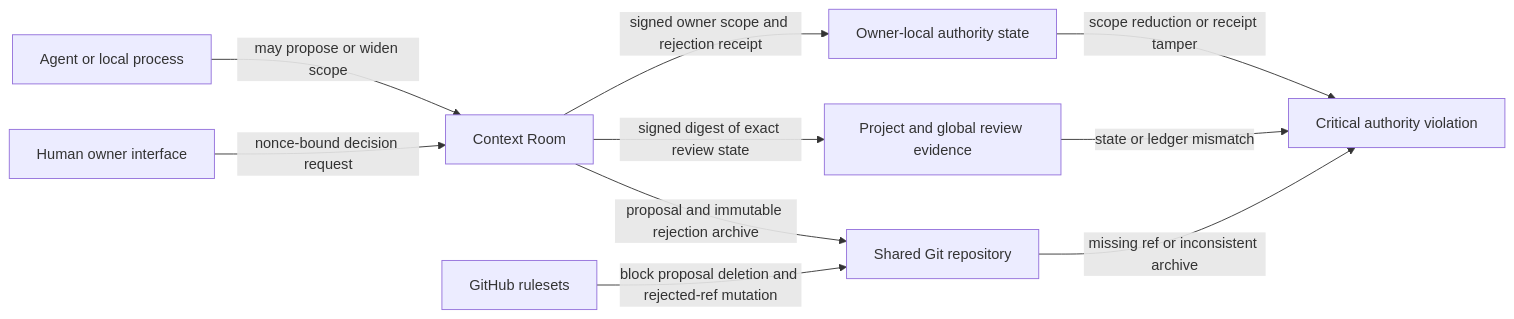
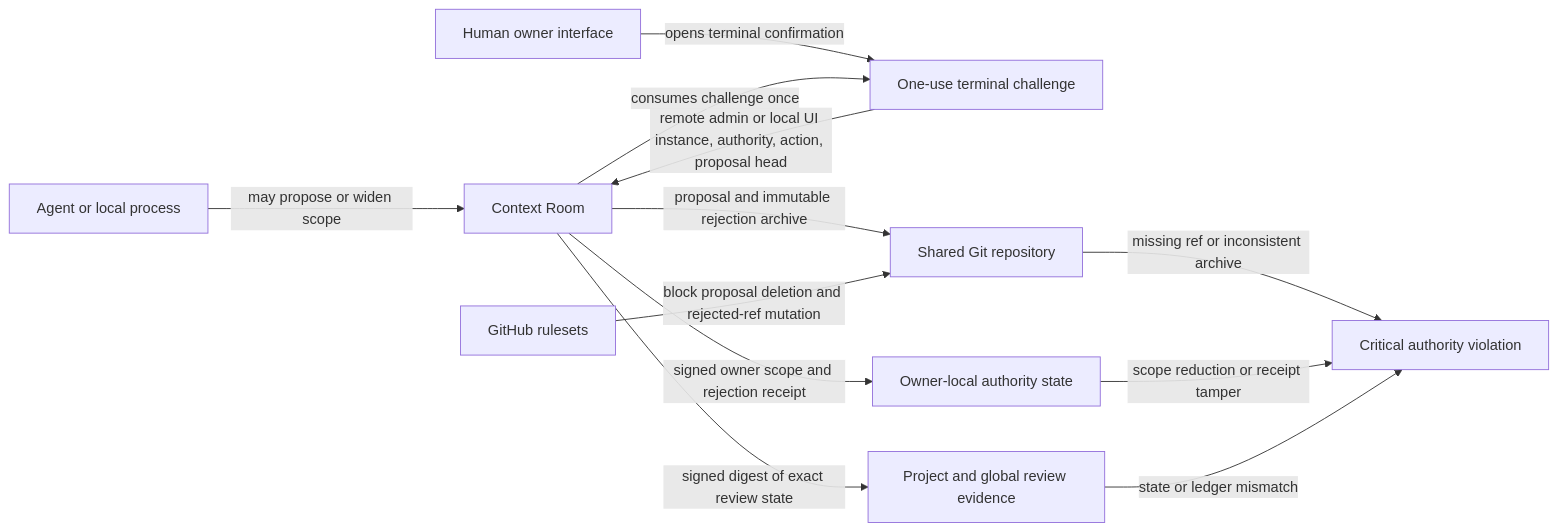
Before and after one commit to blancmathis/context-room: the diagram in docs/features/review-authority.md, drawn with Mermaid. The commit also changed other lines of this file and 26 other files, not shown here.

````diff
--- a/docs/features/review-authority.md
+++ b/docs/features/review-authority.md
@@ -42,12 +45,14 @@
 ```mermaid
 flowchart LR
   agent["Agent or local process"] -->|may propose or widen scope| app["Context Room"]
-  human["Human owner interface"] -->|nonce-bound decision request| app
+  human["Human owner interface"] -->|opens terminal confirmation| challenge["One-use terminal challenge"]
+  challenge -->|remote admin or local UI instance, authority, action, proposal head| app
   app -->|signed owner scope and rejection receipt| local["Owner-local authority state"]
   app -->|signed digest of exact review state| evidence["Project and global review evidence"]
+  app -->|consumes challenge once| challenge
   app -->|proposal and immutable rejection archive| git["Shared Git repository"]
   provider["GitHub rulesets"] -->|block proposal deletion and rejected-ref mutation| git
   git -->|missing ref or inconsistent archive| alert["Critical authority violation"]
   local -->|scope reduction or receipt tamper| alert
   evidence -->|state or ledger mismatch| alert
 ```
````
